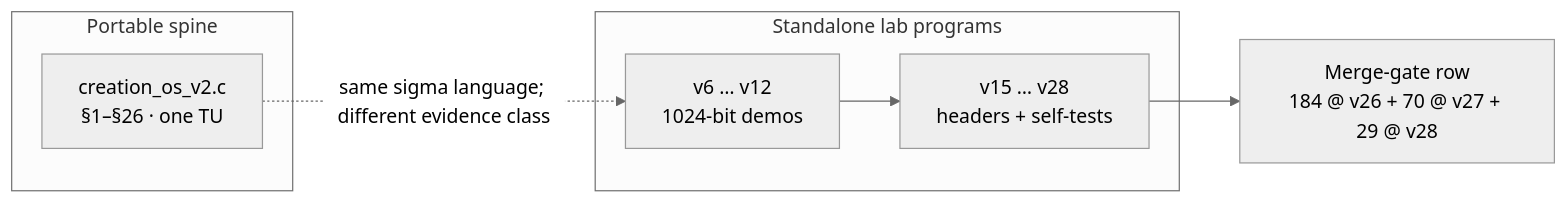
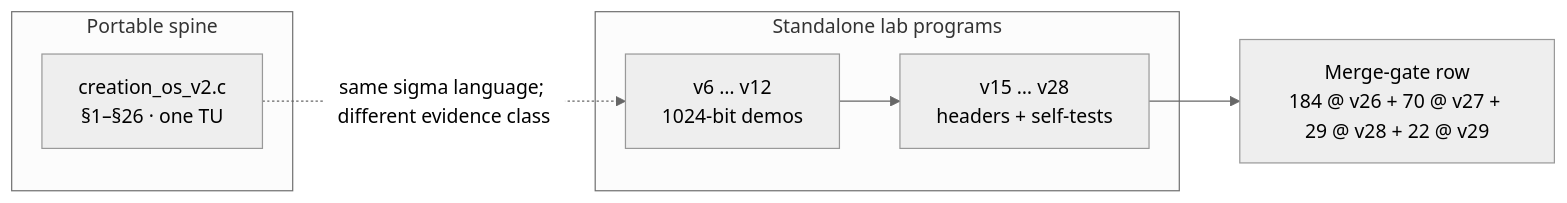
One commit to spektre-labs/creation-os changed the third of 6 diagrams in README.md. Above: the diagram before and after it, drawn with Mermaid. The commit also changed other lines of this file and 20 other files, not shown here.

````diff
--- a/README.md
+++ b/README.md
@@ -151,14 +153,14 @@
 ```mermaid
 %%{init: {'theme':'neutral'}}%%
 flowchart LR
   subgraph spine["Portable spine"]
     V2["creation_os_v2.c<br/>§1–§26 · one TU"]
   end
   subgraph lab["Standalone lab programs"]
     V6["v6 … v12<br/>1024-bit demos"]
     V15["v15 … v28<br/>headers + self-tests"]
   end
   V2 -.->|same sigma language; different evidence class| V6
   V6 --> V15
-    V15 --> H["Merge-gate row<br/>184 @ v26 + 70 @ v27 + 29 @ v28"]
+    V15 --> H["Merge-gate row<br/>184 @ v26 + 70 @ v27 + 29 @ v28 + 22 @ v29"]
 ```
````
